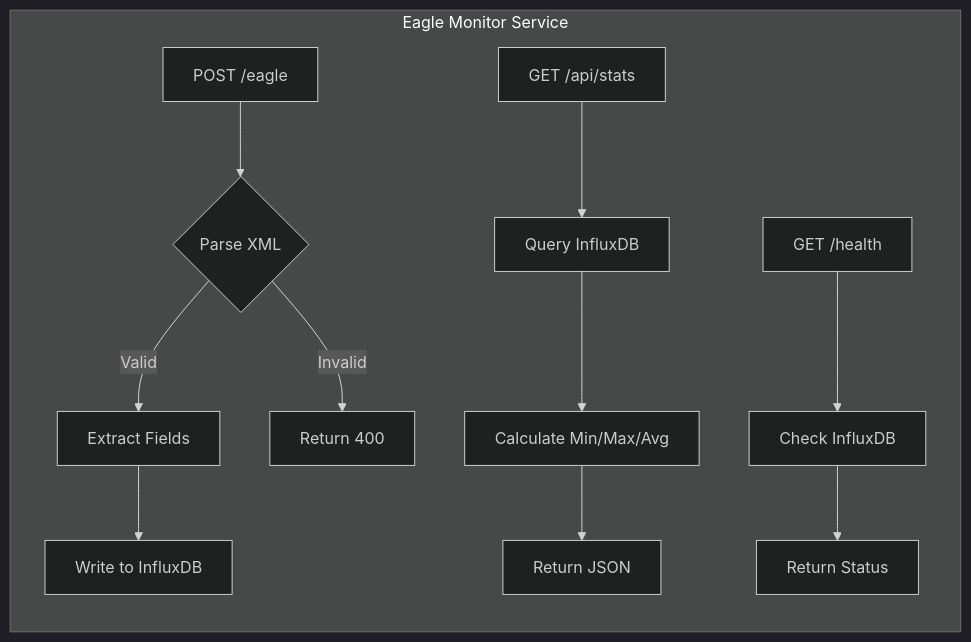
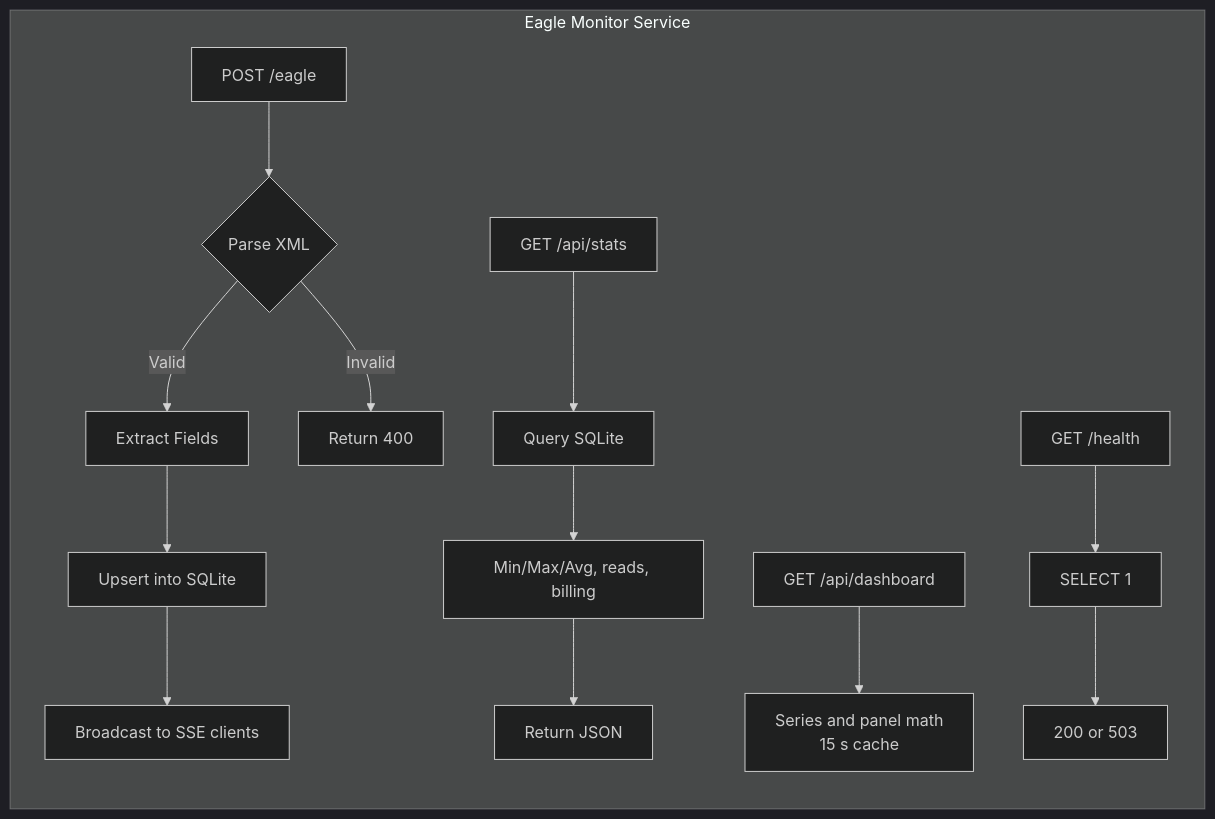
One commit to murr2k/linknode-com changed the second of 9 diagrams in docs/THEORY_OF_OPERATION.md. Above: the diagram before and after it, drawn with Mermaid (dark theme). The commit also changed other lines of this file and 47 other files, not shown here.

````diff
--- a/docs/THEORY_OF_OPERATION.md
+++ b/docs/THEORY_OF_OPERATION.md
@@ -75,17 +106,20 @@
 ```mermaid
 flowchart LR
     subgraph Eagle Monitor Service
         direction TB
-        A[POST /eagle] --> B{Parse XML}
+        A["POST /eagle"] --> B{Parse XML}
         B -->|Valid| C[Extract Fields]
-        C --> D[Write to InfluxDB]
+        C --> D[Upsert into SQLite]
+        D --> S[Broadcast to SSE clients]
         B -->|Invalid| E[Return 400]
 
-        F[GET /api/stats] --> G[Query InfluxDB]
-        G --> H[Calculate Min/Max/Avg]
+        F["GET /api/stats"] --> G[Query SQLite]
+        G --> H["Min/Max/Avg, reads, billing"]
         H --> I[Return JSON]
 
-        J[GET /health] --> K[Check InfluxDB]
-        K --> L[Return Status]
+        P["GET /api/dashboard"] --> Q["Series and panel math<br/>15 s cache"]
+
+        J["GET /health"] --> K["SELECT 1"]
+        K --> L["200 or 503"]
     end
 ```
````
